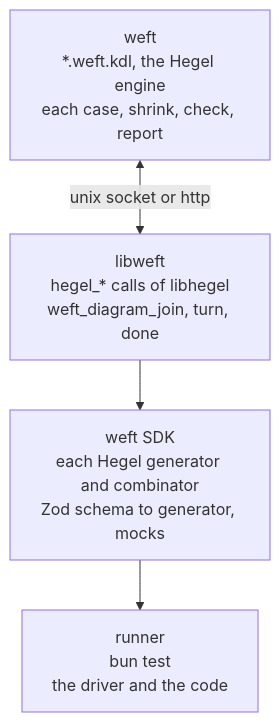
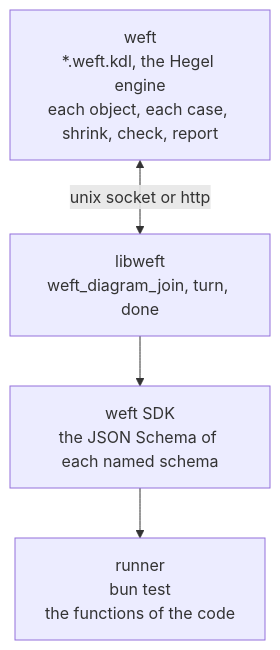
One commit to ahmedtwine/weft changed the diagram in README.md. Above: the diagram before and after it, drawn with Mermaid. The commit also changed other lines of this file and 31 other files, not shown here.

````diff
--- a/README.md
+++ b/README.md
@@ -5,8 +5,8 @@
 ```mermaid
 flowchart TB
-  weft["weft<br>*.weft.kdl, the Hegel engine<br>each case, shrink, check, report"]
+  weft["weft<br>*.weft.kdl, the Hegel engine<br>each object, each case, shrink, check, report"]
   weft <-->|"unix socket or http"| lib
-  lib["libweft<br>hegel_* calls of libhegel<br>weft_diagram_join, turn, done"]
-  lib --> sdk["weft SDK<br>each Hegel generator and combinator<br>Zod schema to generator, mocks"]
-  sdk --> runner["runner<br>bun test<br>the driver and the code"]
+  lib["libweft<br>weft_diagram_join, turn, done"]
+  lib --> sdk["weft SDK<br>the JSON Schema of each named schema"]
+  sdk --> runner["runner<br>bun test<br>the functions of the code"]
 ```
````
